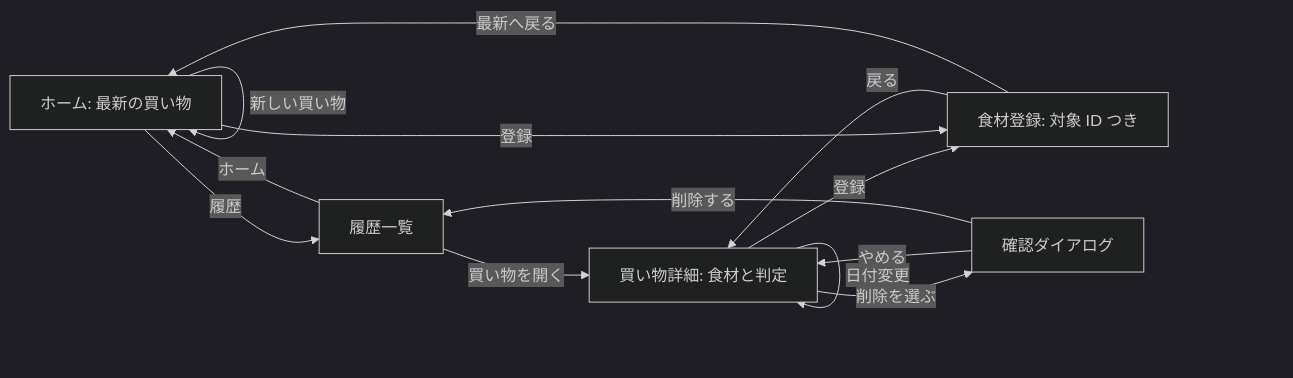
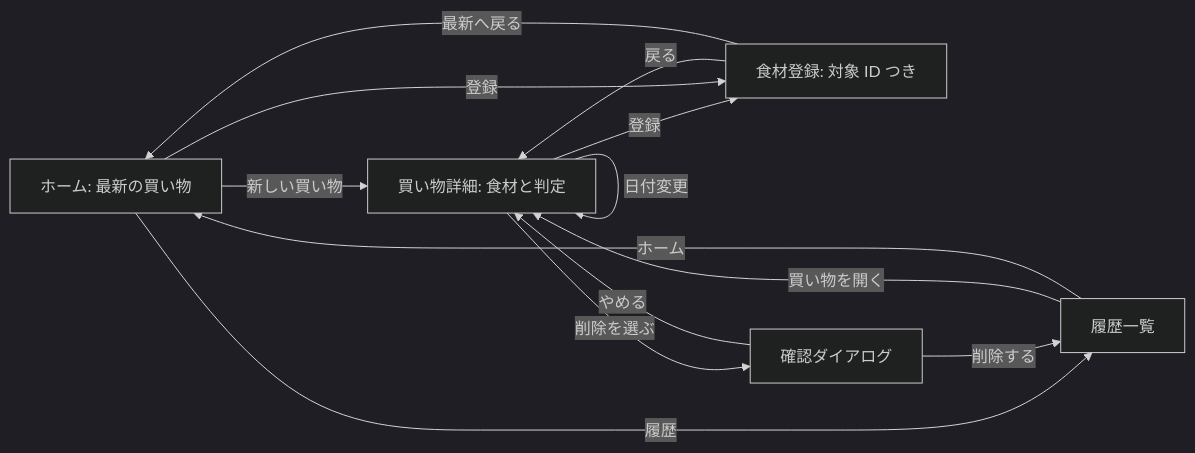
The diagram in docs/03_design/design-it04.md (sakana396/week-meal), drawn with Mermaid (dark theme) before and after one commit. The commit also changed other lines of this file and 8 other files, not shown here.

````diff
--- a/docs/03_design/design-it04.md
+++ b/docs/03_design/design-it04.md
@@ -92,15 +91,15 @@
 ```mermaid
 flowchart LR
-  H[ホーム: 最新の買い物] -->|新しい買い物| H
+  H[ホーム: 最新の買い物] -->|新しい買い物| D
   H -->|履歴| L[履歴一覧]
   L -->|買い物を開く| D[買い物詳細: 食材と判定]
   D -->|登録| R[食材登録: 対象 ID つき]
   H -->|登録| R
   R -->|戻る| D
   R -->|最新へ戻る| H
   D -->|日付変更| D
   D -->|削除を選ぶ| C[確認ダイアログ]
   C -->|やめる| D
   C -->|削除する| L
   L -->|ホーム| H
 ```
````
